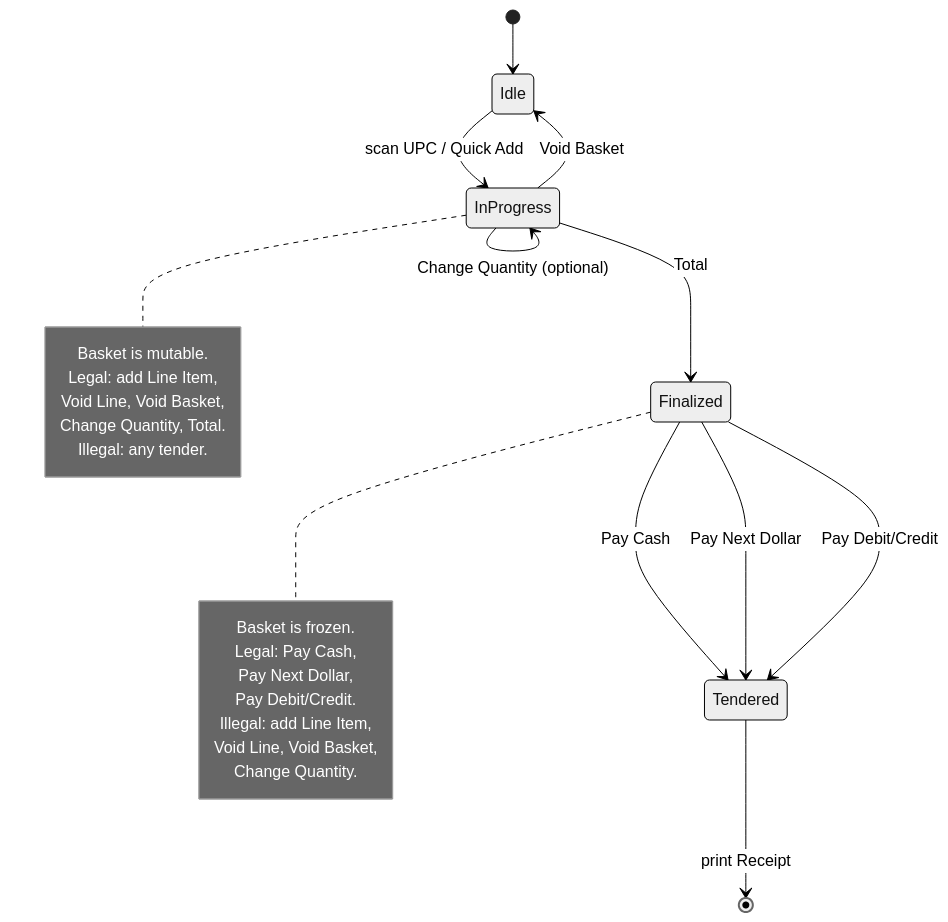
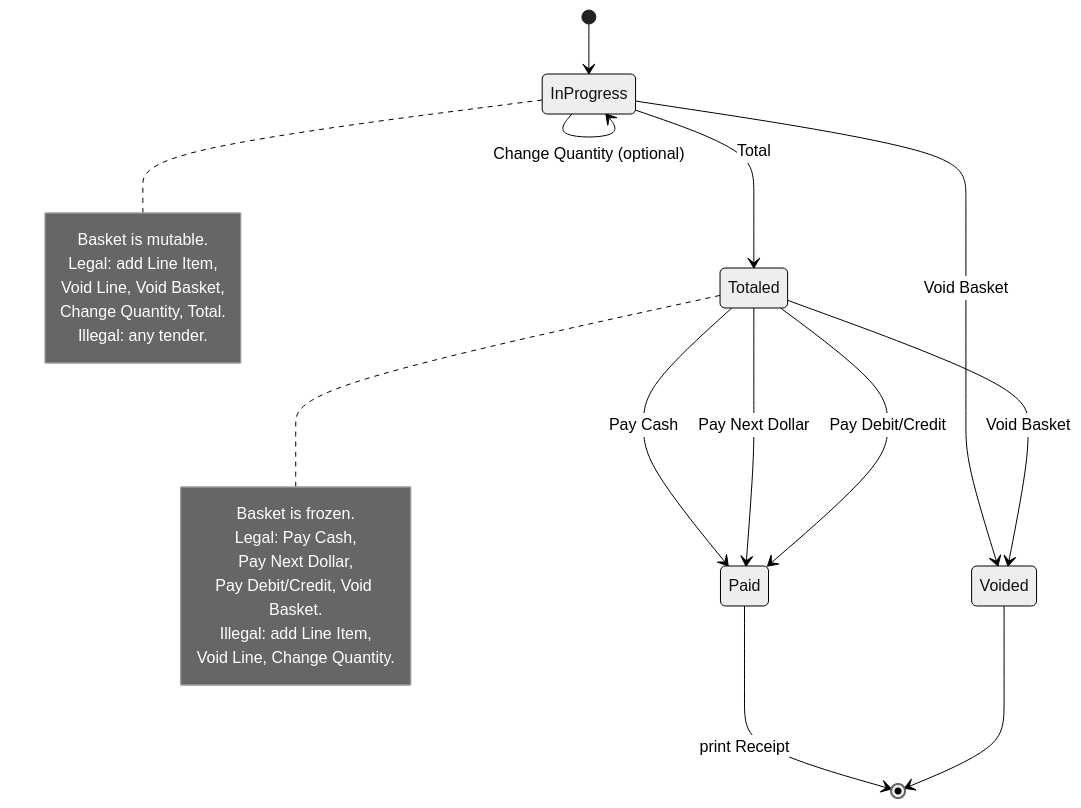
One commit to rhuel-laurente-rp/rocketpartners-pos changed the first of 2 diagrams in docs/Phase 1/user-flow.md. Above: the diagram before and after it, drawn with Mermaid (neutral theme). The commit also changed 2 other files, not shown here.

Commit message:
docs: modify the documentation for phase 1 to match changes in models

````diff
--- a/docs/Phase 1/user-flow.md
+++ b/docs/Phase 1/user-flow.md
@@ -7,35 +7,35 @@
 ```mermaid
 stateDiagram-v2
-    [*] --> Idle
+    [*] --> InProgress
 
-    Idle --> InProgress: scan UPC / Quick Add
     InProgress --> InProgress: scan UPC / Quick Add (add Line Item)
     InProgress --> InProgress: Void Line
     InProgress --> InProgress: Change Quantity (optional)
-    InProgress --> Idle: Void Basket
-    InProgress --> Finalized: Total
+    InProgress --> Voided: Void Basket
+    InProgress --> Totaled: Total
 
-    Finalized --> Tendered: Pay Cash
-    Finalized --> Tendered: Pay Next Dollar
-    Finalized --> Tendered: Pay Debit/Credit
+    Totaled --> Voided: Void Basket
+    Totaled --> Paid: Pay Cash
+    Totaled --> Paid: Pay Next Dollar
+    Totaled --> Paid: Pay Debit/Credit
 
-    Tendered --> [*]: print Receipt
+    Paid --> [*]: print Receipt
+    Voided --> [*]
 
     note right of InProgress
         Basket is mutable.
         Legal: add Line Item,
         Void Line, Void Basket,
         Change Quantity, Total.
         Illegal: any tender.
     end note
 
-    note right of Finalized
+    note right of Totaled
         Basket is frozen.
         Legal: Pay Cash,
         Pay Next Dollar,
-        Pay Debit/Credit.
+        Pay Debit/Credit, Void Basket.
         Illegal: add Line Item,
-        Void Line, Void Basket,
-        Change Quantity.
+        Void Line, Change Quantity.
     end note
 ```
````
